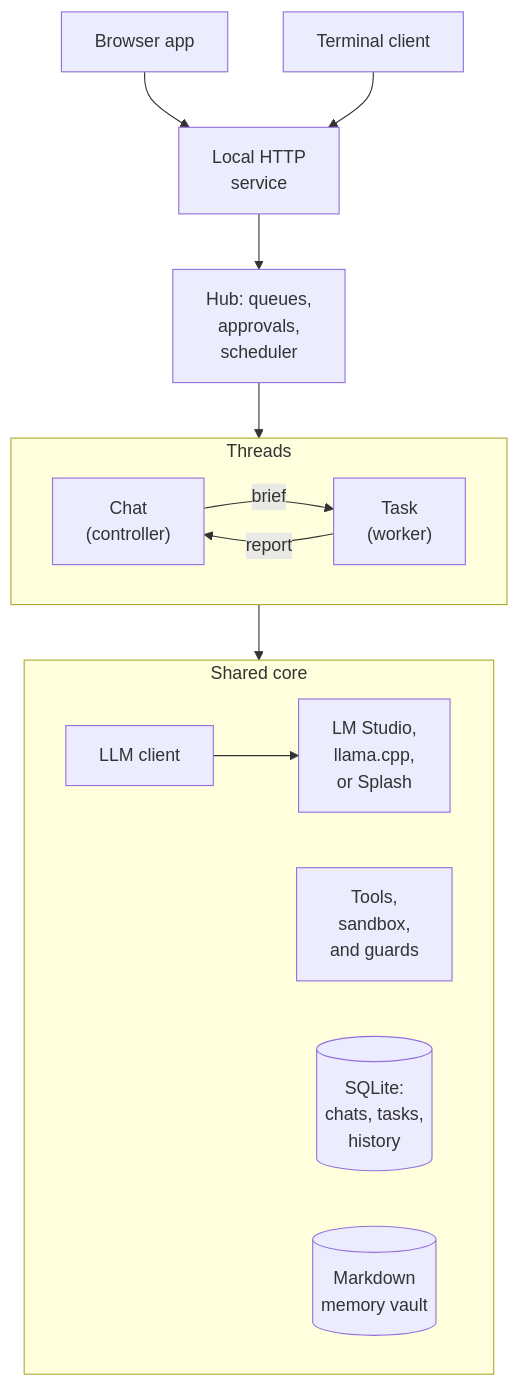
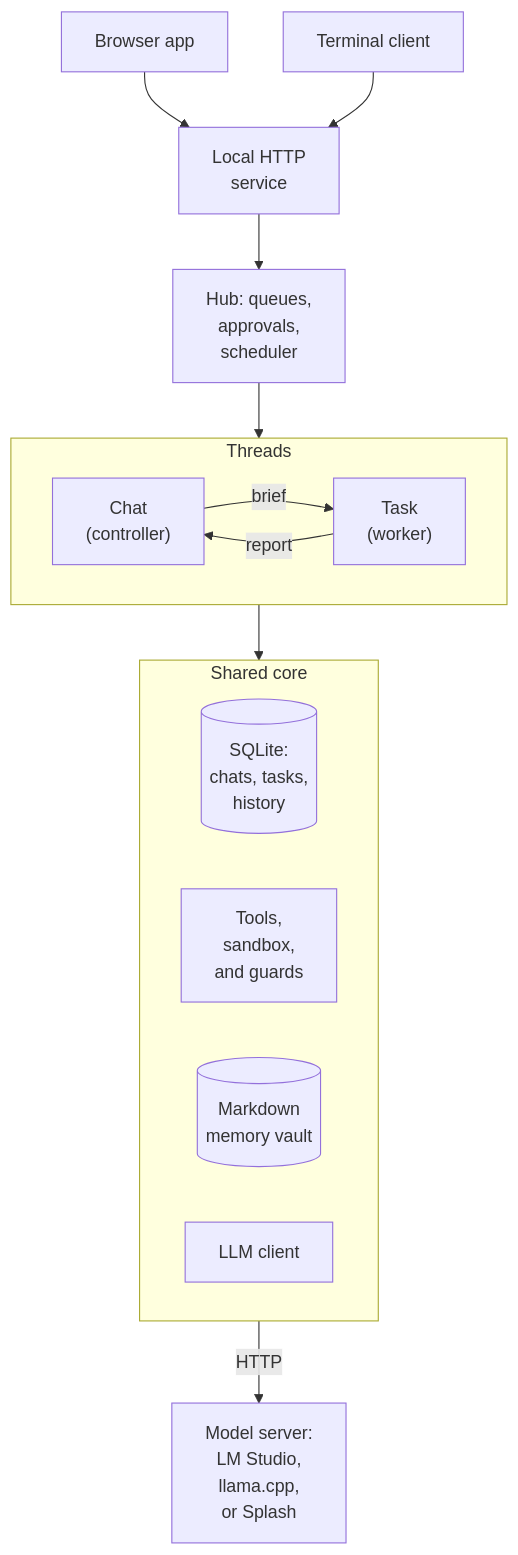
One commit to SohamNehra/Claire-V2 changed the diagram in README.md. Above: the diagram before and after it, drawn with Mermaid. The commit also changed other lines of this file, not shown here.

Commit message:
README diagram: the model server sits outside Claire's core
LM Studio, llama-server and Splash are separate processes that the LLM client
reaches over HTTP; the diagram drew them inside the shared core. Moving them
out also lays the core out as one centred row.

````diff
--- a/README.md
+++ b/README.md
@@ -164,19 +164,20 @@
 ```mermaid
 flowchart TD
     Web[Browser app] --> API["Local HTTP<br/>service"]
     Term[Terminal client] --> API
     API --> Hub["Hub: queues,<br/>approvals,<br/>scheduler"]
     Hub --> Threads
     subgraph Threads["Threads"]
         direction LR
         Chat["Chat<br/>(controller)"] -->|brief| Task["Task<br/>(worker)"]
         Task -->|report| Chat
     end
     Threads --> Core
     subgraph Core["Shared core"]
-        LLM[LLM client] --> Runtime["LM Studio,<br/>llama.cpp,<br/>or Splash"]
+        Store[("SQLite:<br/>chats, tasks,<br/>history")]
         Tools["Tools,<br/>sandbox,<br/>and guards"]
-        Store[("SQLite:<br/>chats, tasks,<br/>history")]
         Vault[("Markdown<br/>memory vault")]
+        LLM[LLM client]
     end
+    Core -->|HTTP| Runtime["Model server:<br/>LM Studio,<br/>llama.cpp,<br/>or Splash"]
 ```
````
